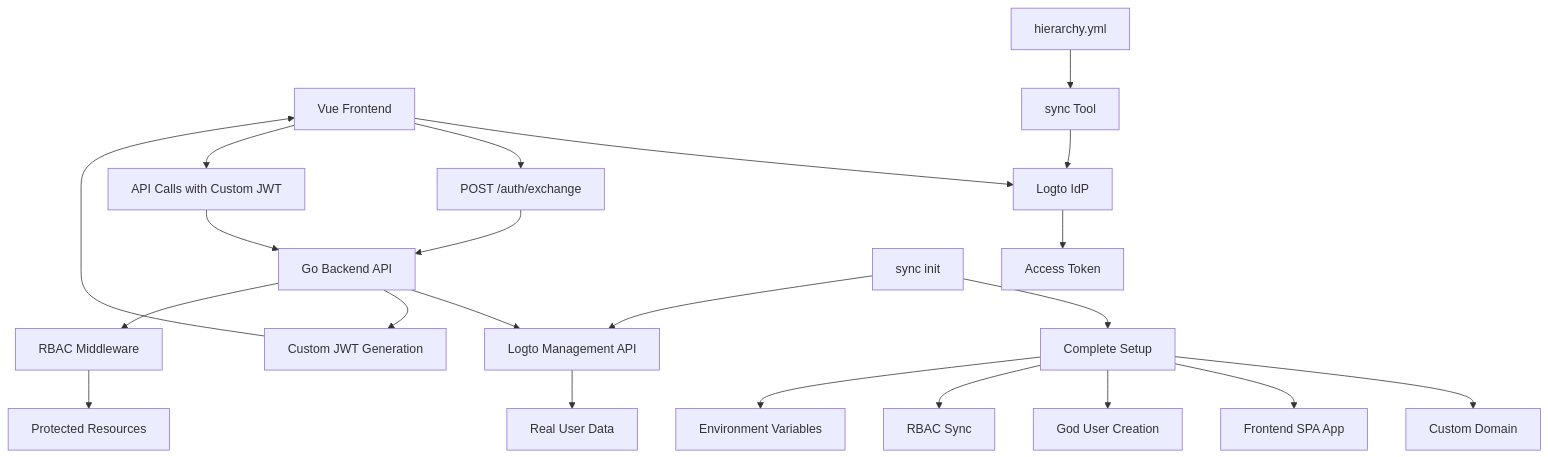
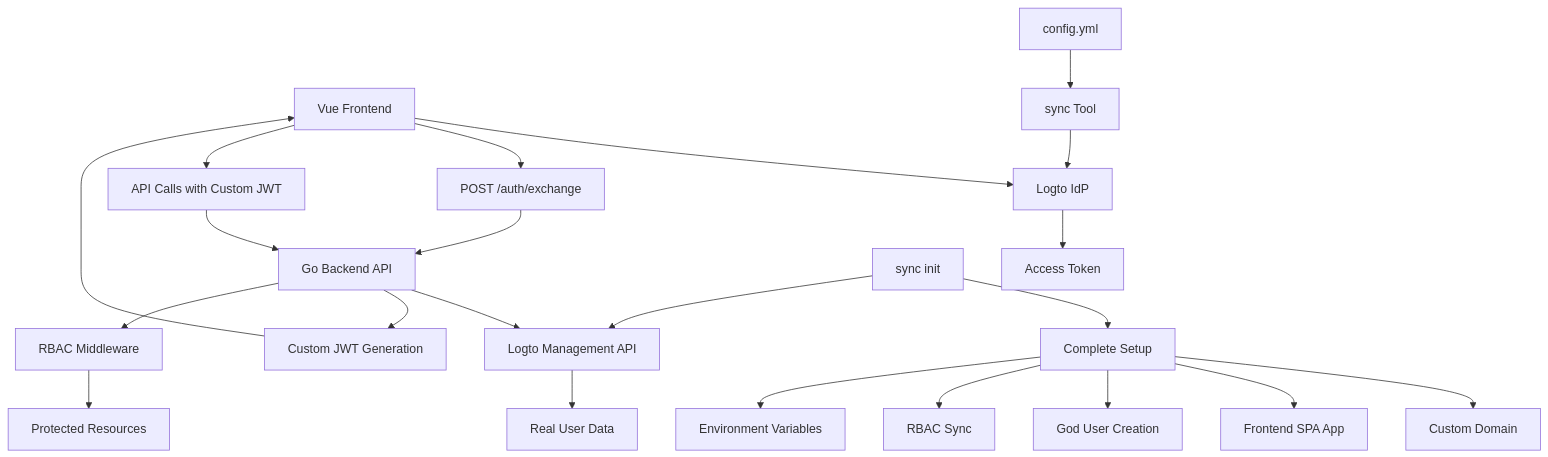
The first of 4 diagrams in DESIGN.md (NethServer/my), drawn with Mermaid before and after one commit. The commit also changed other lines of this file, not shown here.

````diff
--- a/DESIGN.md
+++ b/DESIGN.md
@@ -9,26 +9,26 @@
 ```mermaid
 graph TB
     A[Vue Frontend] --> B[Logto IdP]
     B --> C[Access Token]
     A --> D[POST /auth/exchange]
     D --> E[Go Backend API]
     E --> F[Logto Management API]
     F --> G[Real User Data]
     E --> H[Custom JWT Generation]
     H --> A
     A --> I[API Calls with Custom JWT]
     I --> E
     E --> J[RBAC Middleware]
     J --> K[Protected Resources]
 
-    L[hierarchy.yml] --> M[sync Tool]
+    L[config.yml] --> M[sync Tool]
     M --> B
     
     N[sync init] --> O[Complete Setup]
     O --> P[Custom Domain]
     O --> Q[Frontend SPA App]
     O --> R[God User Creation]
     O --> S[RBAC Sync]
     O --> T[Environment Variables]
     N --> F
 ```
````
